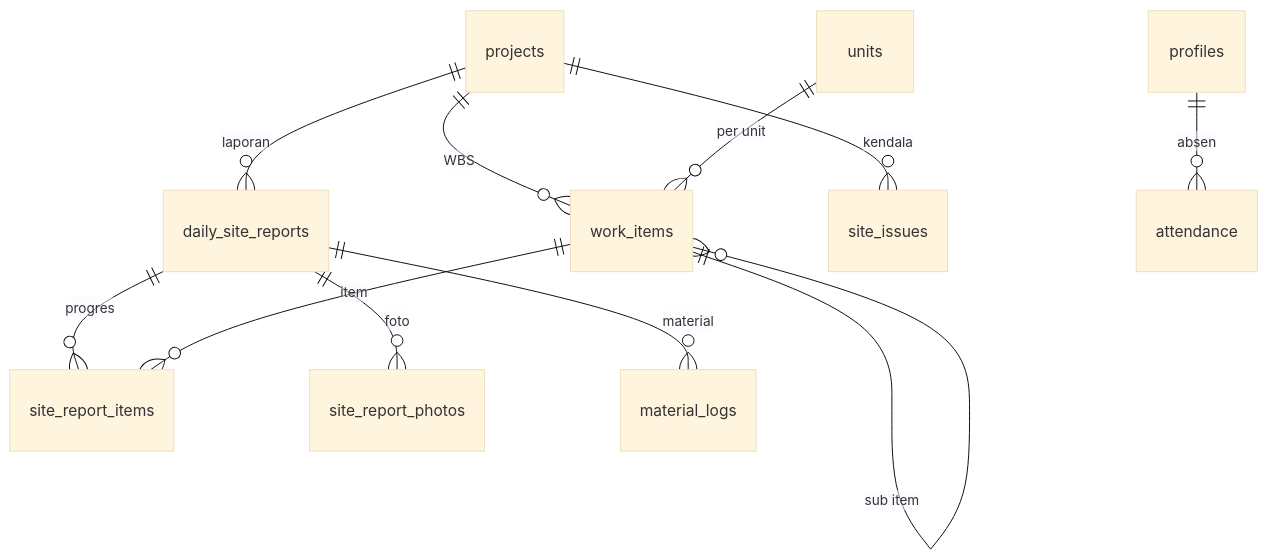
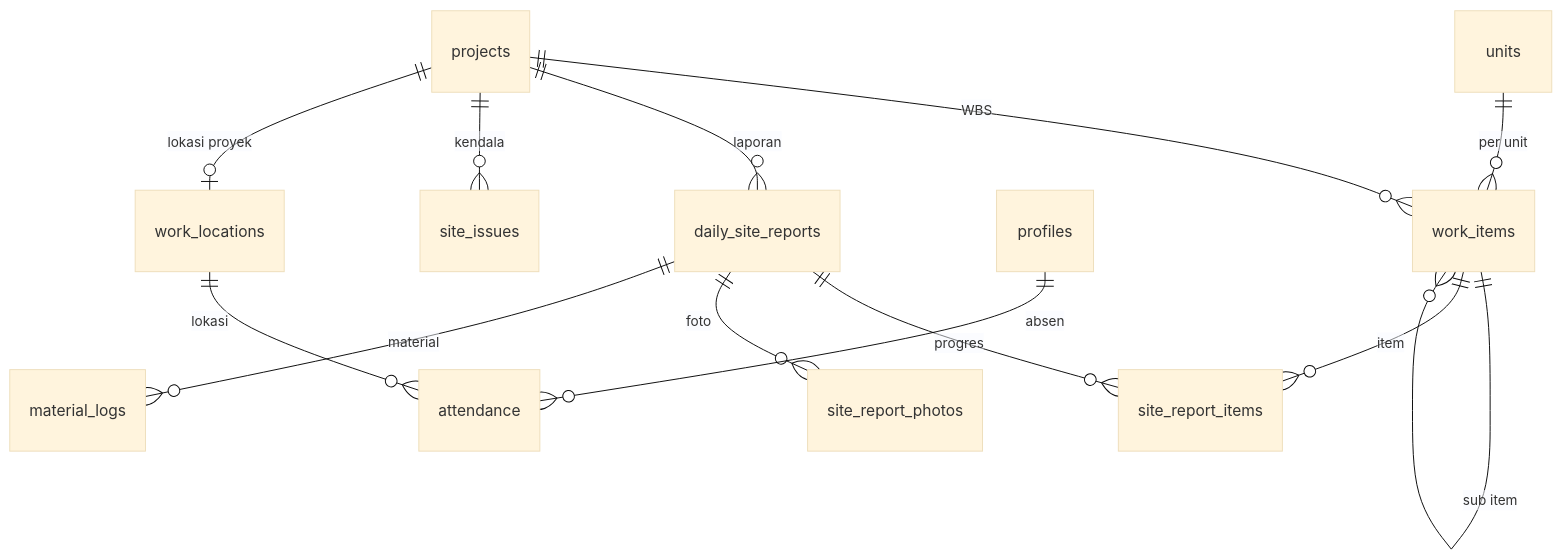
The fifth of 5 diagrams in docs/data-model.md (kisg-project/kisg-web), drawn with Mermaid (base theme) before and after one commit. The commit also changed other lines of this file and 5 other files, not shown here.

````diff
--- a/docs/data-model.md
+++ b/docs/data-model.md
@@ -167,13 +169,15 @@
 ```mermaid
 erDiagram
   projects ||--o{ work_items : "WBS"
   units ||--o{ work_items : "per unit"
   work_items ||--o{ work_items : "sub item"
   projects ||--o{ daily_site_reports : "laporan"
   daily_site_reports ||--o{ site_report_items : "progres"
   work_items ||--o{ site_report_items : "item"
   daily_site_reports ||--o{ site_report_photos : "foto"
   daily_site_reports ||--o{ material_logs : "material"
   projects ||--o{ site_issues : "kendala"
   profiles ||--o{ attendance : "absen"
+  work_locations ||--o{ attendance : "lokasi"
+  projects ||--o| work_locations : "lokasi proyek"
 ```
````
